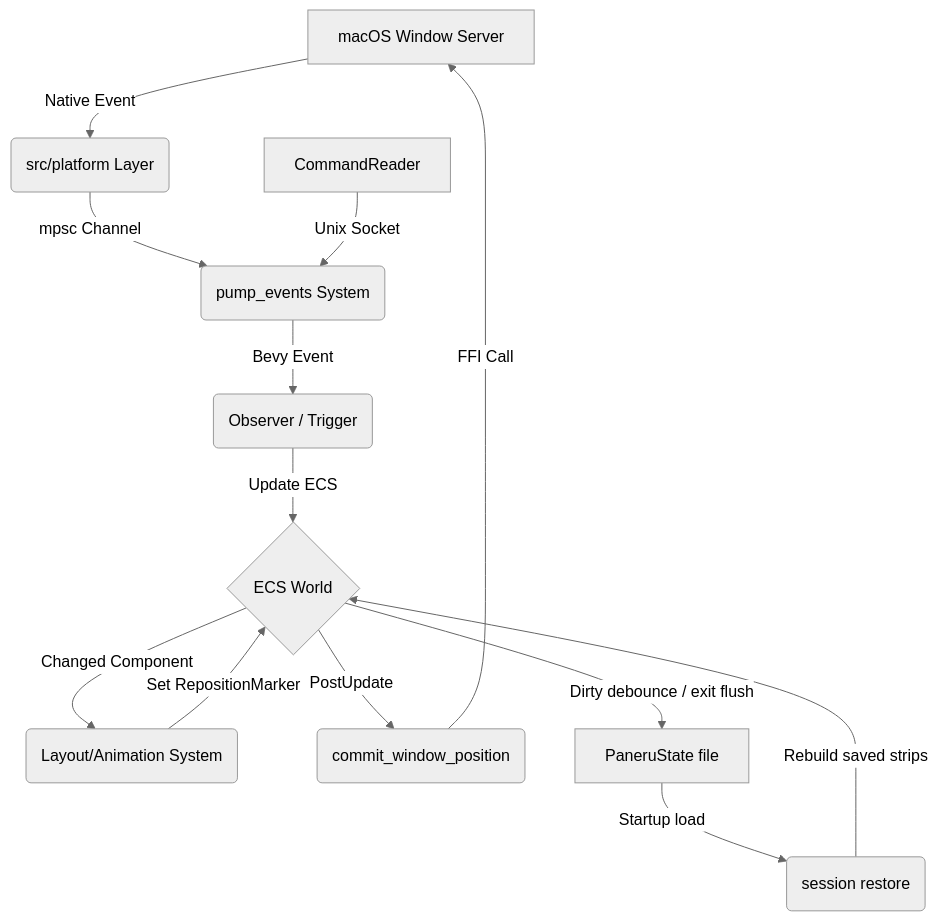
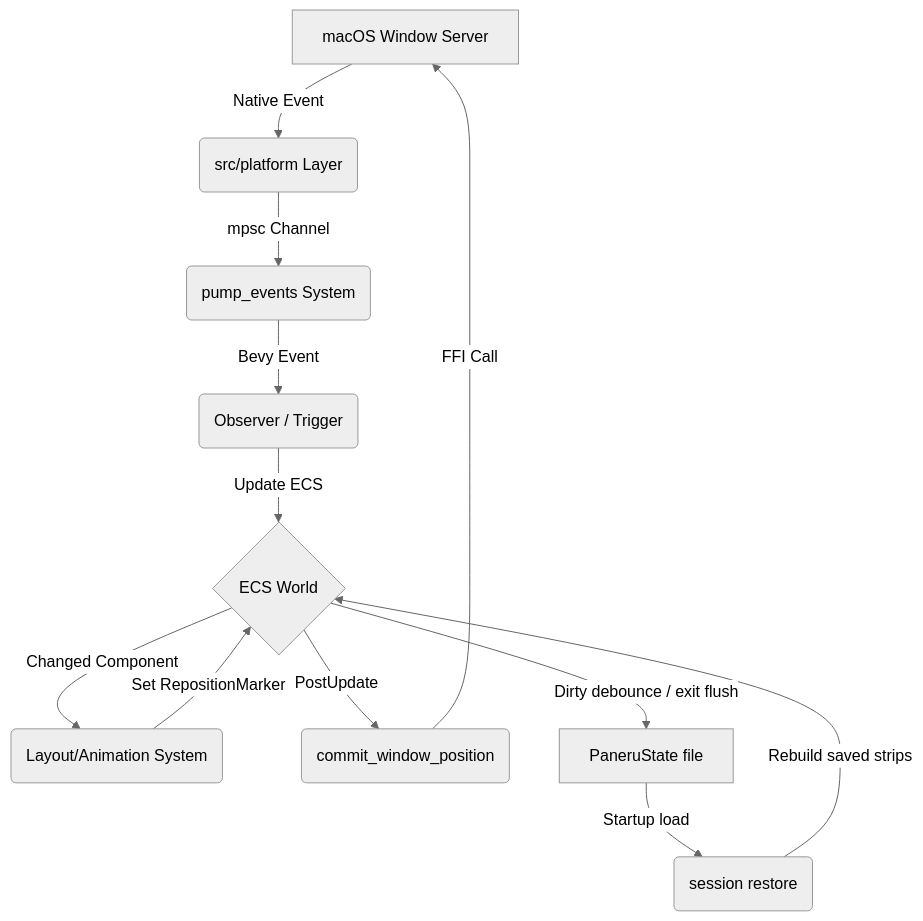
The diagram in ARCHITECTURE.md (MrFlashAccount/paneru), drawn with Mermaid (neutral theme) before and after one commit. The commit also changed other lines of this file and 26 other files, not shown here.

````diff
--- a/ARCHITECTURE.md
+++ b/ARCHITECTURE.md
@@ -132,15 +132,14 @@
 ```mermaid
 graph TD
     A[macOS Window Server] -->|Native Event| B(src/platform Layer)
     B -->|mpsc Channel| C(pump_events System)
     C -->|Bevy Event| D(Observer / Trigger)
     D -->|Update ECS| E{ECS World}
     E -->|Changed Component| F(Layout/Animation System)
     F -->|Set RepositionMarker| E
     E -->|PostUpdate| G(commit_window_position)
     G -->|FFI Call| A
-    H[CommandReader] -->|Unix Socket| C
     S[PaneruState file] -->|Startup load| R(session restore)
     R -->|Rebuild saved strips| E
     E -->|Dirty debounce / exit flush| S
 ```
````
